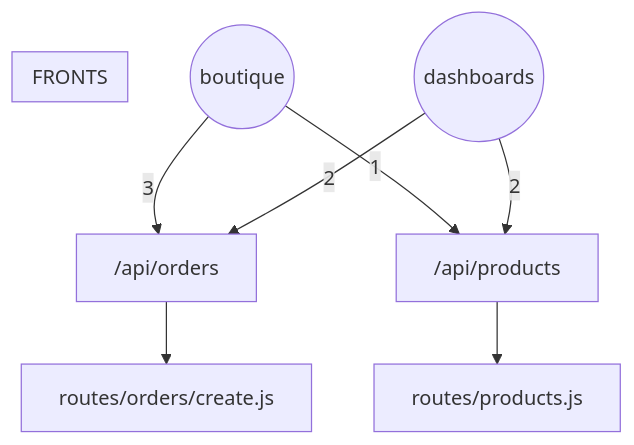
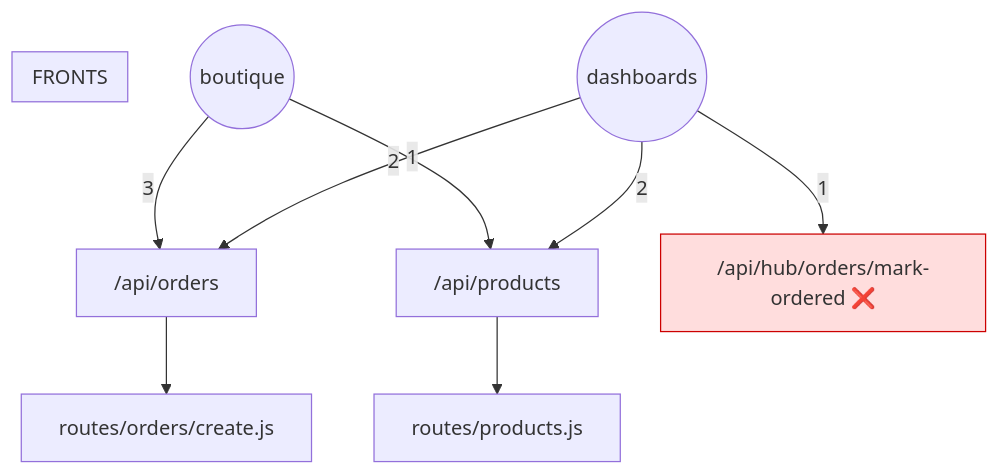
Before and after one commit to SamyrFateh/komerce-backend: the diagram in docs/META_GRAPH.md, drawn with Mermaid. The commit also changed other lines of this file and 20 other files, not shown here.

````diff
--- a/docs/META_GRAPH.md
+++ b/docs/META_GRAPH.md
@@ -46,13 +61,15 @@
 ```mermaid
 graph TD
   subgraph FRONTS
     direction LR
   end
   ep__api_orders["/api/orders"] --> rt_routes_orders_create_js["routes/orders/create.js"]
   BTQ((boutique)) -->|3| ep__api_orders
   DASH((dashboards)) -->|2| ep__api_orders
   ep__api_products["/api/products"] --> rt_routes_products_js["routes/products.js"]
   BTQ((boutique)) -->|1| ep__api_products
   DASH((dashboards)) -->|2| ep__api_products
+  ep__api_hub_orders_mark_ordered["/api/hub/orders/mark-ordered ❌"]:::phantom
+  DASH((dashboards)) -->|1| ep__api_hub_orders_mark_ordered
   classDef phantom fill:#fdd,stroke:#c00;
 ```
````
